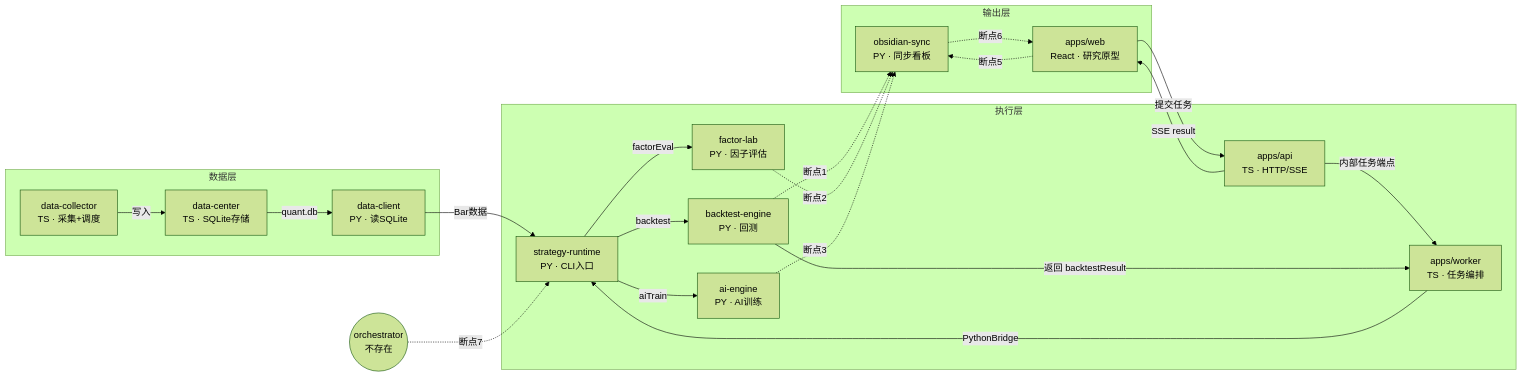
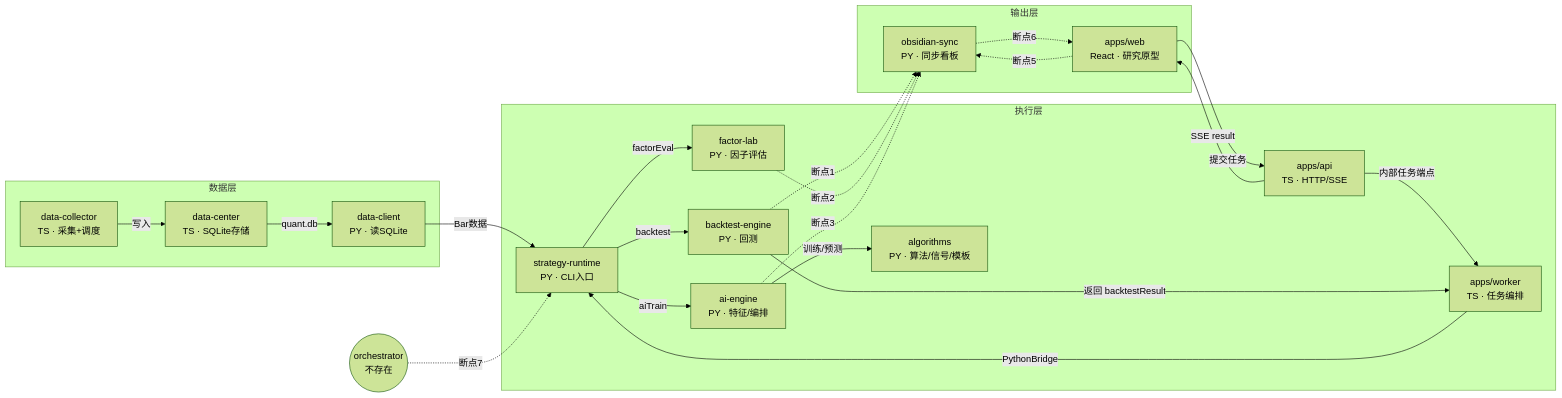
The diagram in README.md (changer-collab/quant-web), drawn with Mermaid (forest theme) before and after one commit. The commit also changed other lines of this file and 139 other files, not shown here.

````diff
--- a/README.md
+++ b/README.md
@@ -26,43 +28,45 @@
 ```mermaid
 graph LR
   subgraph 数据层
     DC[data-collector<br/>TS · 采集+调度]
     DCE[data-center<br/>TS · SQLite存储]
     DCL[data-client<br/>PY · 读SQLite]
   end
 
   subgraph 执行层
     API[apps/api<br/>TS · HTTP/SSE]
     WK[apps/worker<br/>TS · 任务编排]
     SR[strategy-runtime<br/>PY · CLI入口]
     BT[backtest-engine<br/>PY · 回测]
     FL[factor-lab<br/>PY · 因子评估]
-    AI[ai-engine<br/>PY · AI训练]
+    AI[ai-engine<br/>PY · 特征/编排]
+    ALG[algorithms<br/>PY · 算法/信号/模板]
   end
 
   subgraph 输出层
     OB[obsidian-sync<br/>PY · 同步看板]
     WEB[apps/web<br/>React · 研究原型]
   end
 
   WEB -->|提交任务| API
   API -->|内部任务端点| WK
   WK -->|PythonBridge| SR
   API -->|SSE result| WEB
 
   DC -->|写入| DCE
   DCE -->|quant.db| DCL
   DCL -->|Bar数据| SR
   SR -->|backtest| BT
   SR -->|factorEval| FL
   SR -->|aiTrain| AI
+  AI -->|训练/预测| ALG
 
   BT -.->|断点1| OB
   FL -.->|断点2| OB
   AI -.->|断点3| OB
   BT -->|返回 backtestResult| WK
   WEB -.->|断点5| OB
   OB -.->|断点6| WEB
 
   ORC((orchestrator<br/>不存在)) -.->|断点7| SR
 ```
````
